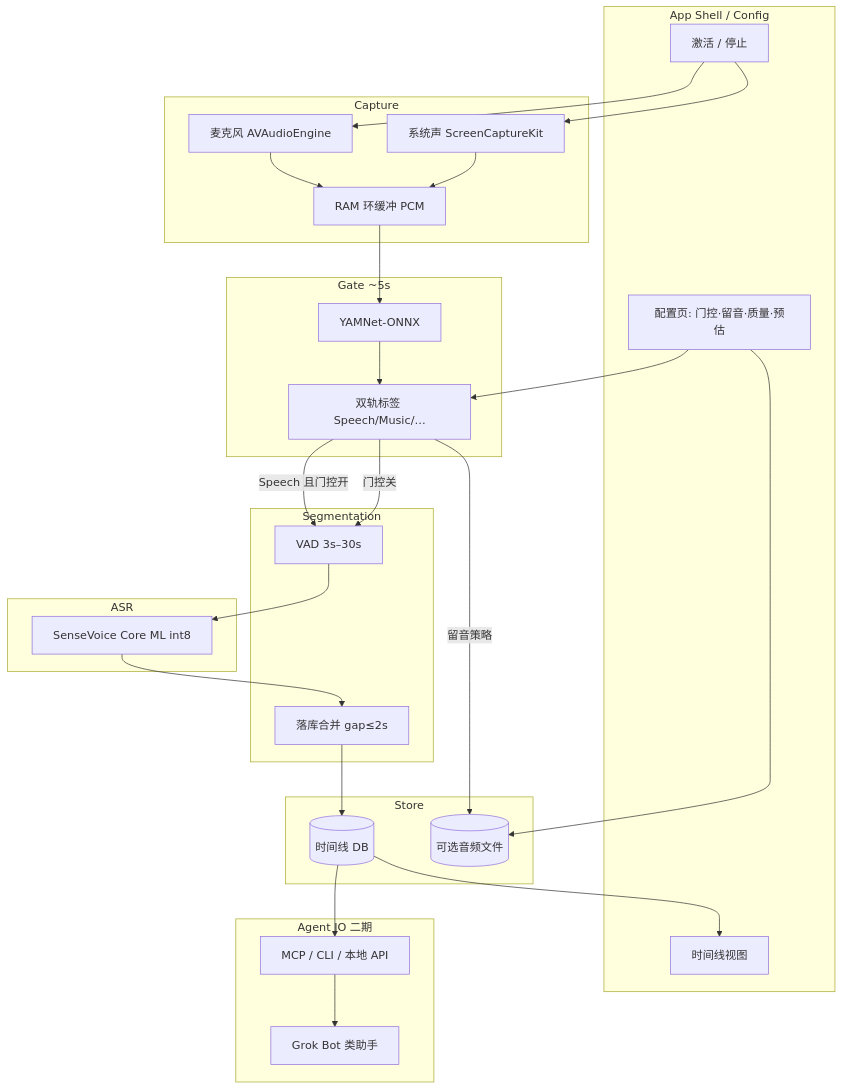
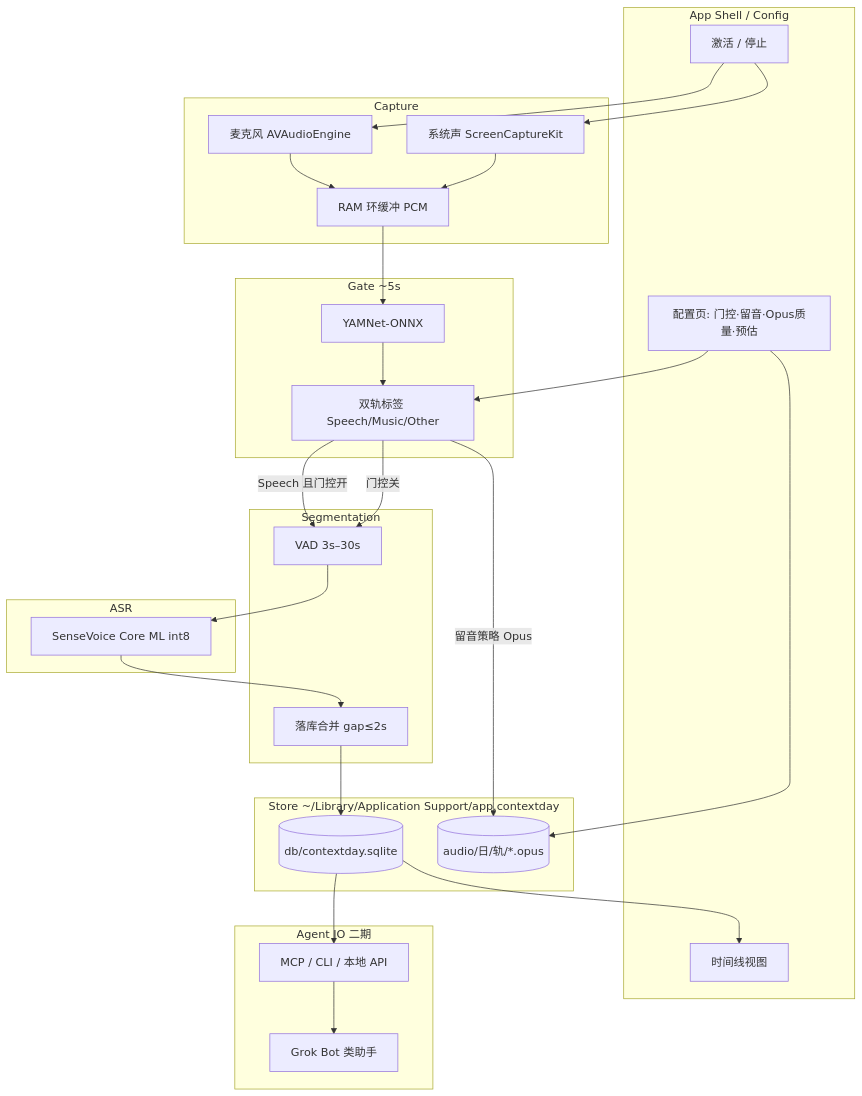
Before and after one commit to jqlong17/ContextDay: the diagram in docs/01_spec.md, drawn with Mermaid. The commit also changed other lines of this file, not shown here.

First line of the commit message:
docs(spec): v0.2.0 定稿数据目录与 Segment schema

````diff
--- a/docs/01_spec.md
+++ b/docs/01_spec.md
@@ -152,56 +277,56 @@
 ```mermaid
 flowchart TB
   subgraph UI["App Shell / Config"]
     Activate[激活 / 停止]
-    Settings[配置页: 门控·留音·质量·预估]
+    Settings[配置页: 门控·留音·Opus质量·预估]
     Timeline[时间线视图]
   end
 
   subgraph Capture["Capture"]
     Mic[麦克风 AVAudioEngine]
     Sys[系统声 ScreenCaptureKit]
     Ring[RAM 环缓冲 PCM]
   end
 
   subgraph Gate["Gate ~5s"]
     Yam[YAMNet-ONNX]
-    Label[双轨标签 Speech/Music/…]
+    Label[双轨标签 Speech/Music/Other]
   end
 
   subgraph Seg["Segmentation"]
     VAD[VAD 3s–30s]
     Merge[落库合并 gap≤2s]
   end
 
   subgraph ASR["ASR"]
     CM[SenseVoice Core ML int8]
   end
 
-  subgraph Store["Store"]
-    DB[(时间线 DB)]
-    Audio[(可选音频文件)]
+  subgraph Store["Store ~/Library/Application Support/app.contextday"]
+    DB[(db/contextday.sqlite)]
+    Audio[(audio/日/轨/*.opus)]
   end
 
   subgraph Out["Agent IO 二期"]
     MCP[MCP / CLI / 本地 API]
     Bot[Grok Bot 类助手]
   end
 
   Activate --> Mic
   Activate --> Sys
   Mic --> Ring
   Sys --> Ring
   Ring --> Yam
   Yam --> Label
   Label -->|Speech 且门控开| VAD
   Label -->|门控关| VAD
   VAD --> CM
   CM --> Merge
   Merge --> DB
-  Label -->|留音策略| Audio
+  Label -->|留音策略 Opus| Audio
   Settings --> Label
   Settings --> Audio
   DB --> Timeline
   DB --> MCP
   MCP --> Bot
 ```
````
